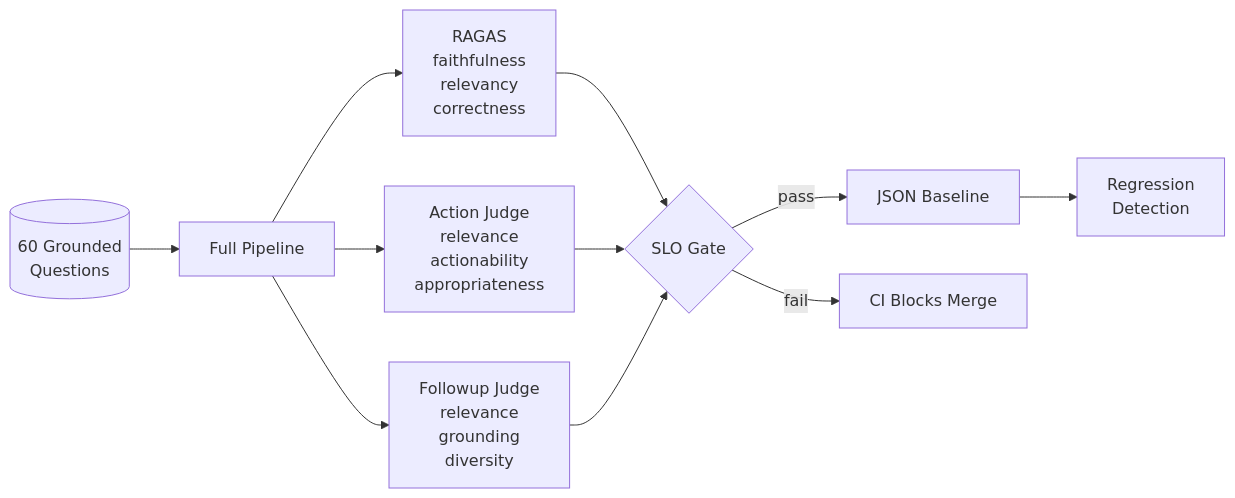
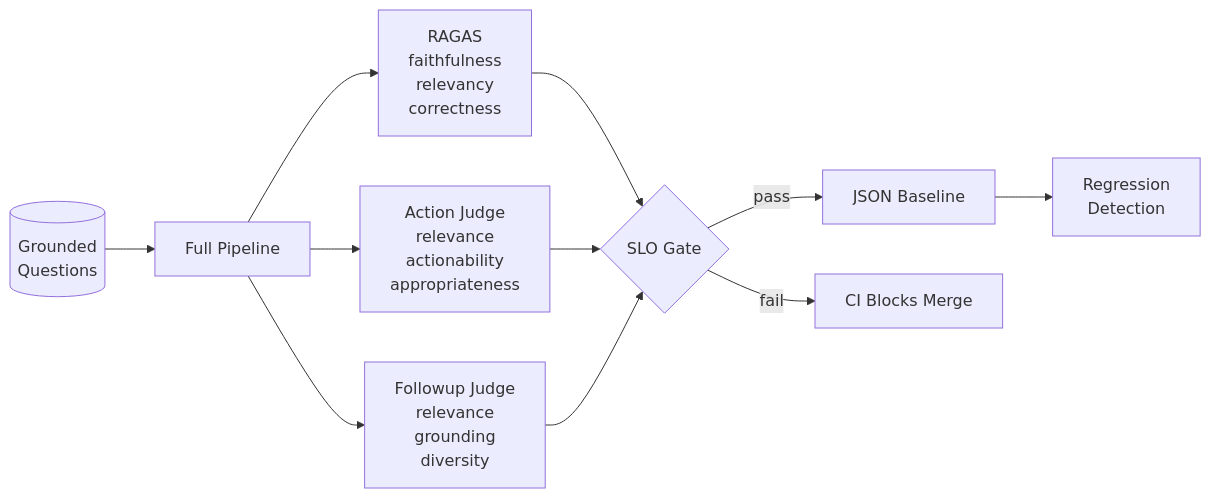
Before and after one commit to sazzad-kamal/crm-agentic-reasoning-engine-docs: the seventh of 7 diagrams in README.md, drawn with Mermaid. The commit also changed other lines of this file and 1 other file, not shown here.

````diff
--- a/README.md
+++ b/README.md
@@ -219,13 +230,13 @@
 ```mermaid
 flowchart LR
-    Q[("60 Grounded<br/>Questions")] --> PIPE["Full Pipeline"]
+    Q[("Grounded<br/>Questions")] --> PIPE["Full Pipeline"]
     PIPE --> RAGAS["RAGAS<br/>faithfulness<br/>relevancy<br/>correctness"]
     PIPE --> AJ["Action Judge<br/>relevance<br/>actionability<br/>appropriateness"]
     PIPE --> FJ["Followup Judge<br/>relevance<br/>grounding<br/>diversity"]
     RAGAS --> SLO{"SLO Gate"}
     AJ --> SLO
     FJ --> SLO
     SLO -->|pass| JSON["JSON Baseline"]
     SLO -->|fail| CI["CI Blocks Merge"]
     JSON --> REG["Regression<br/>Detection"]
 ```
````
